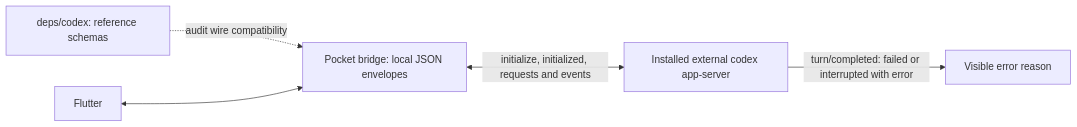
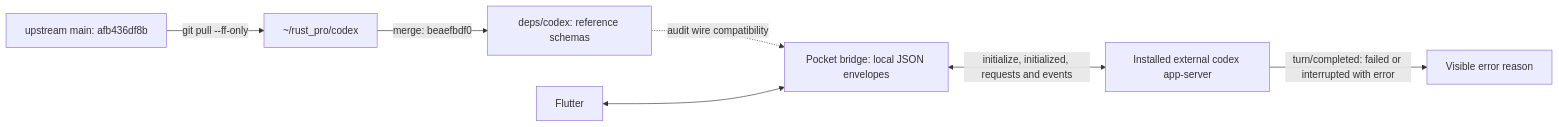
Before and after one commit to acking-you/pocket-codex: the diagram in docs/app-server-protocol-sync.md, drawn with Mermaid. The commit also changed other lines of this file and 10 other files, not shown here.

Commit message:
Release 0.2.7 aligned with freshly pulled Codex main

````diff
--- a/docs/app-server-protocol-sync.md
+++ b/docs/app-server-protocol-sync.md
@@ -11,7 +18,9 @@
 ```mermaid
 flowchart LR
+    U["upstream main: afb436df8b"] -->|"git pull --ff-only"| L["~/rust_pro/codex"]
+    L -->|"merge: beaefbdf0"| S
     S["deps/codex: reference schemas"] -. "audit wire compatibility" .-> B["Pocket bridge: local JSON envelopes"]
     F[Flutter] <--> B
     B <-->|"initialize, initialized, requests and events"| C["Installed external codex app-server"]
     C -->|"turn/completed: failed or interrupted with error"| E["Visible error reason"]
 ```
````
